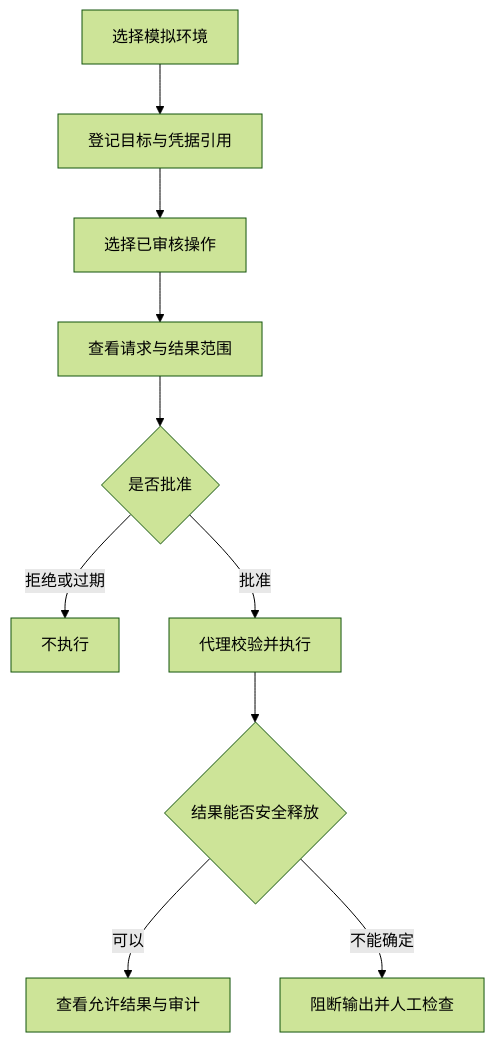
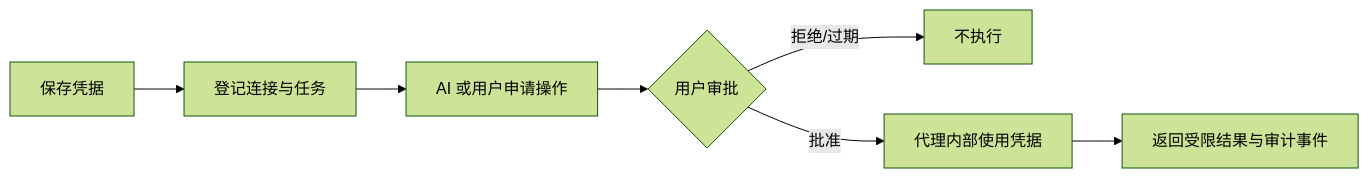
One commit to qq940500529/secretbridge changed the diagram in docs/使用指南.md. Above: the diagram before and after it, drawn with Mermaid (forest theme). The commit also changed other lines of this file and 105 other files, not shown here.

````diff
--- a/docs/使用指南.md
+++ b/docs/使用指南.md
@@ -156,12 +17,9 @@
 ```mermaid
-flowchart TD
-    A["选择模拟环境"] --> B["登记目标与凭据引用"]
-    B --> C["选择已审核操作"]
-    C --> D["查看请求与结果范围"]
-    D --> E{"是否批准"}
-    E -->|"拒绝或过期"| F["不执行"]
-    E -->|"批准"| G["代理校验并执行"]
-    G --> H{"结果能否安全释放"}
-    H -->|"可以"| I["查看允许结果与审计"]
-    H -->|"不能确定"| J["阻断输出并人工检查"]
+flowchart LR
+    C["保存凭据"] --> T["登记连接与任务"]
+    T --> R["AI 或用户申请操作"]
+    R --> A{"用户审批"}
+    A -->|拒绝/过期| X["不执行"]
+    A -->|批准| E["代理内部使用凭据"]
+    E --> O["返回受限结果与审计事件"]
 ```
````
